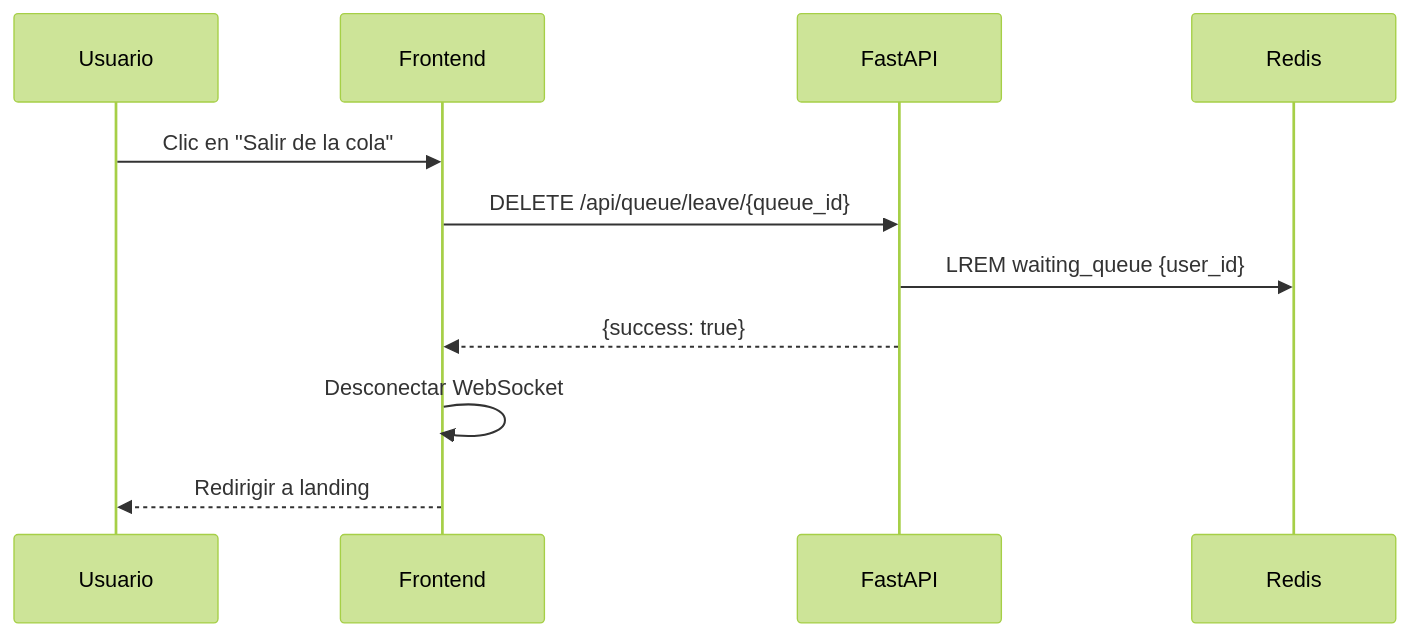
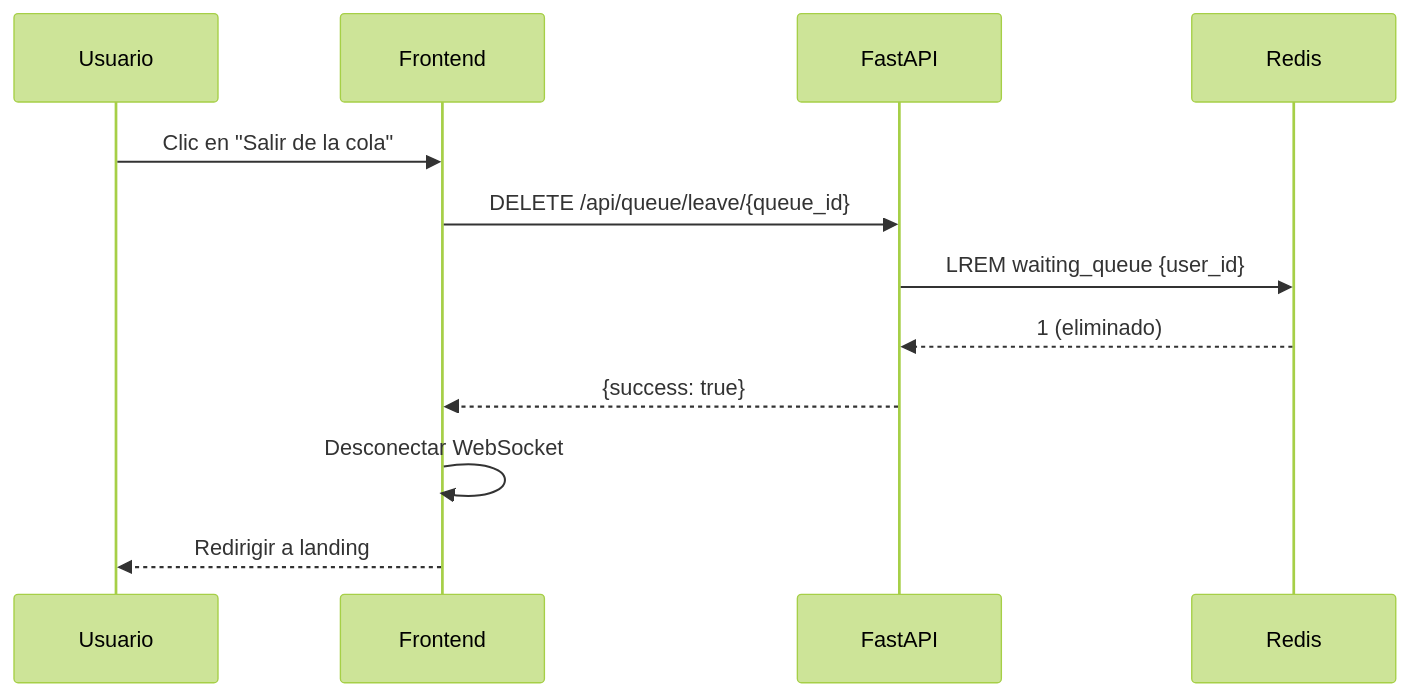
The fourth of 4 diagrams in docs/diagrams/sequence-queue-flow.md (paumf23/TicketStream_Fila-Virtual), drawn with Mermaid (forest theme) before and after one commit. The commit also changed other lines of this file and 53 other files, not shown here.

````diff
--- a/docs/diagrams/sequence-queue-flow.md
+++ b/docs/diagrams/sequence-queue-flow.md
@@ -157,14 +162,15 @@
 ```mermaid
 sequenceDiagram
     participant U as Usuario
     participant F as Frontend
     participant API as FastAPI
     participant R as Redis
 
     U->>F: Clic en "Salir de la cola"
     F->>API: DELETE /api/queue/leave/{queue_id}
     API->>R: LREM waiting_queue {user_id}
+    R-->>API: 1 (eliminado)
     API-->>F: {success: true}
     F->>F: Desconectar WebSocket
     F-->>U: Redirigir a landing
 ```
````
